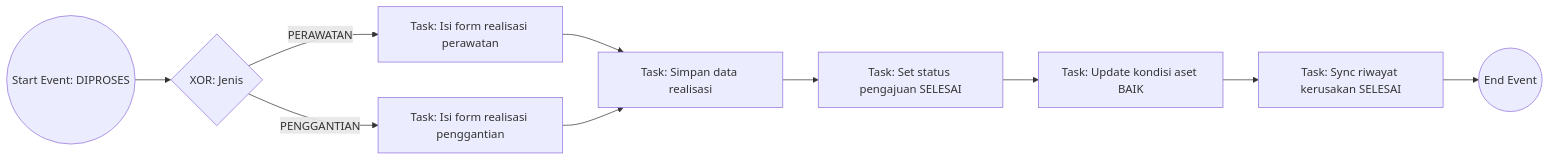
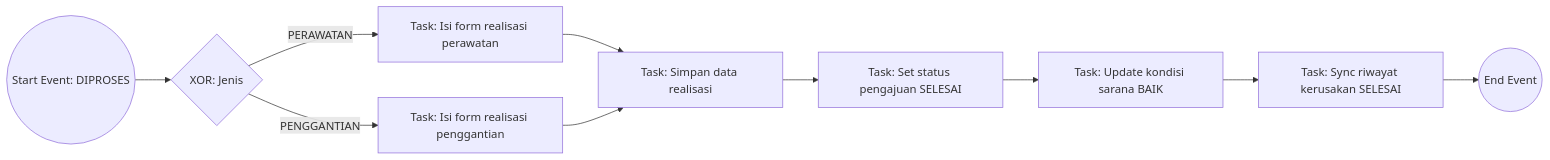
The fourth of 10 diagrams in docs/BPMN_FULL_SISTEM.md (250704/smaknis_asset_v1), drawn with Mermaid before and after one commit. The commit also changed other lines of this file and 120 other files, not shown here.

Commit message:
Refactor aset menjadi sarana dan update fitur pengajuan

````diff
--- a/docs/BPMN_FULL_SISTEM.md
+++ b/docs/BPMN_FULL_SISTEM.md
@@ -133,12 +133,12 @@
 ```mermaid
 flowchart LR
   A((Start Event: DIPROSES)) --> B{XOR: Jenis}
   B -- PERAWATAN --> C[Task: Isi form realisasi perawatan]
   B -- PENGGANTIAN --> D[Task: Isi form realisasi penggantian]
   C --> E[Task: Simpan data realisasi]
   D --> E
   E --> F[Task: Set status pengajuan SELESAI]
-  F --> G[Task: Update kondisi aset BAIK]
+  F --> G[Task: Update kondisi sarana BAIK]
   G --> H[Task: Sync riwayat kerusakan SELESAI]
   H --> I((End Event))
 ```
````
